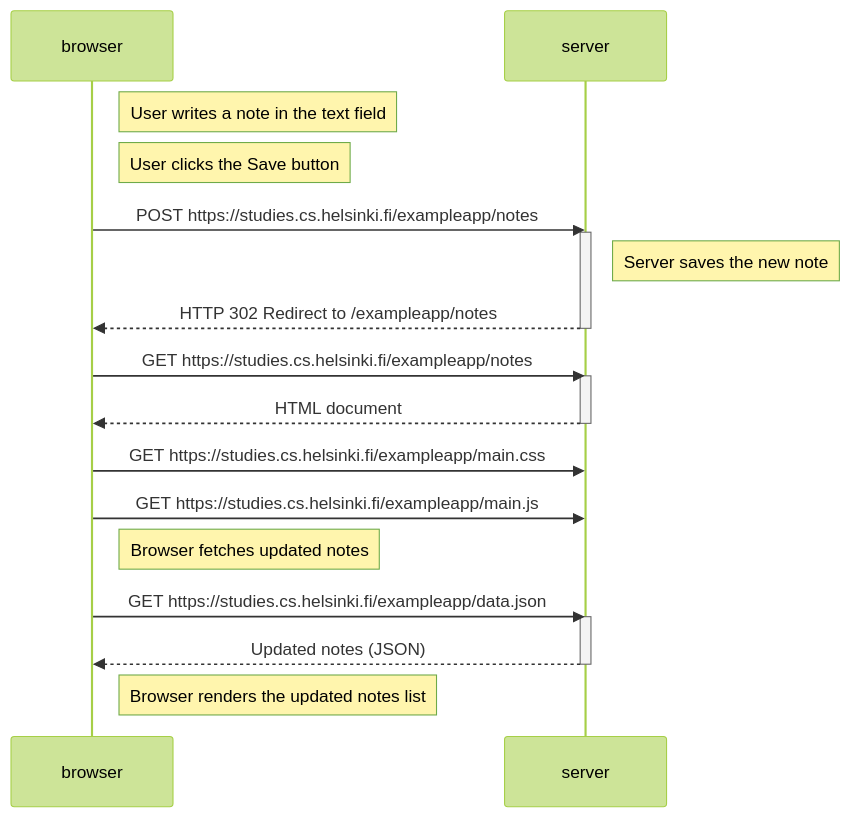
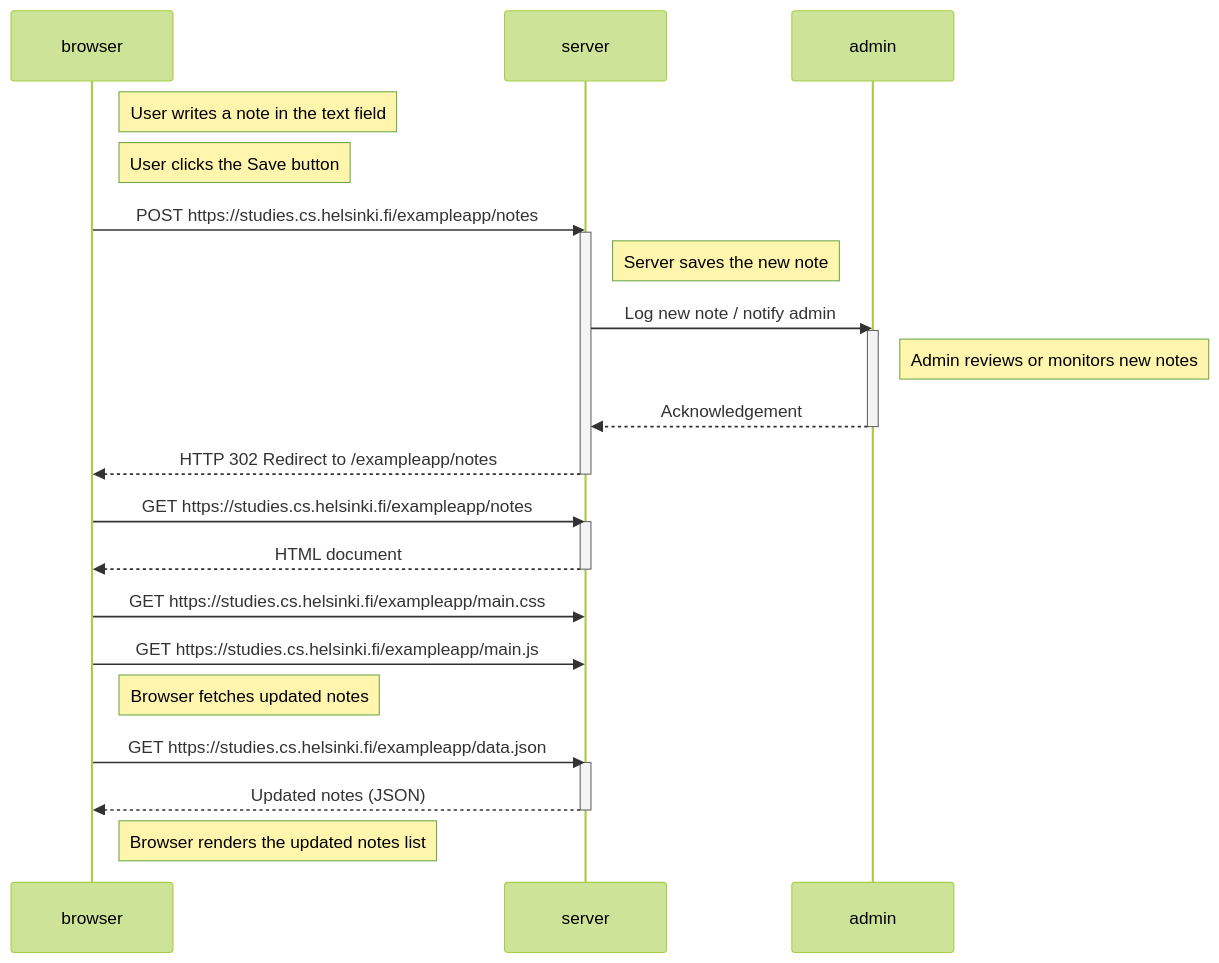
Before and after one commit to pradeeshpradeep2512-ship-it/fullstack: the diagram in 4.md, drawn with Mermaid (forest theme). The commit also changed other lines of this file, not shown here.

````diff
--- a/4.md
+++ b/4.md
@@ -2,31 +2,39 @@
 ```mermaid
 sequenceDiagram
     participant browser
     participant server
+    participant admin
 
     Note right of browser: User writes a note in the text field
     Note right of browser: User clicks the Save button
 
     browser->>server: POST https://studies.cs.helsinki.fi/exampleapp/notes
     activate server
     Note right of server: Server saves the new note
+
+    server->>admin: Log new note / notify admin
+    activate admin
+    Note right of admin: Admin reviews or monitors new notes
+    admin-->>server: Acknowledgement
+    deactivate admin
+
     server-->>browser: HTTP 302 Redirect to /exampleapp/notes
     deactivate server
 
     browser->>server: GET https://studies.cs.helsinki.fi/exampleapp/notes
     activate server
     server-->>browser: HTML document
     deactivate server
 
     browser->>server: GET https://studies.cs.helsinki.fi/exampleapp/main.css
     browser->>server: GET https://studies.cs.helsinki.fi/exampleapp/main.js
 
     Note right of browser: Browser fetches updated notes
     browser->>server: GET https://studies.cs.helsinki.fi/exampleapp/data.json
     activate server
     server-->>browser: Updated notes (JSON)
     deactivate server
 
     Note right of browser: Browser renders the updated notes list
 
 ```
````
